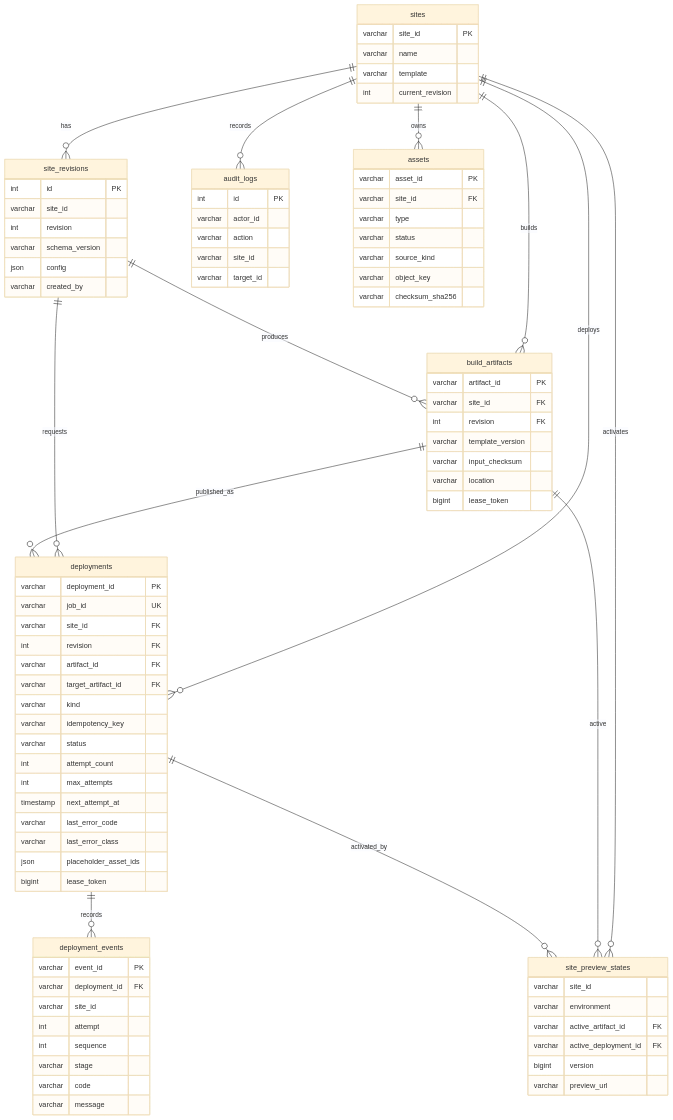
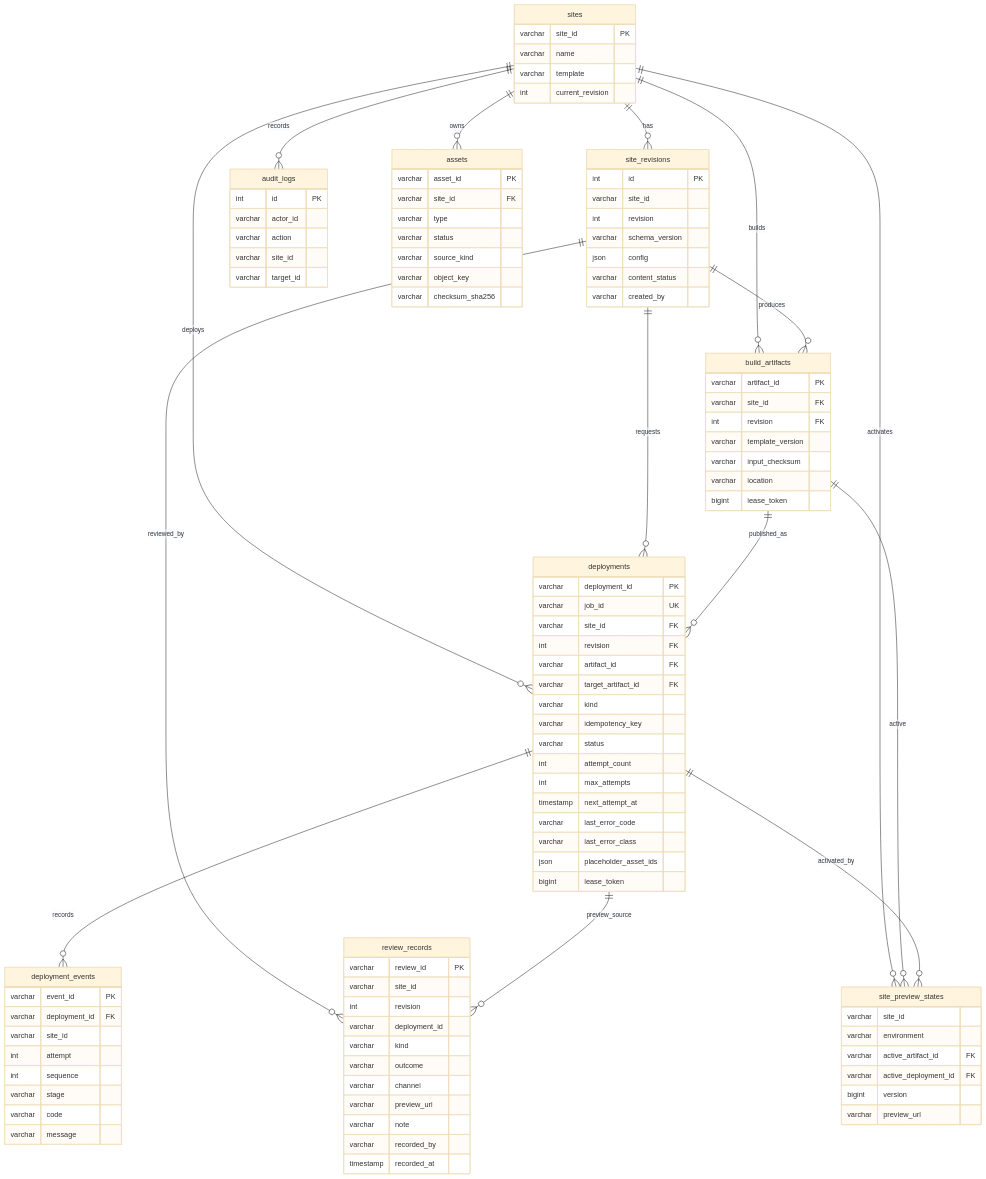
The diagram in docs/guides/DATABASE.md (pdd1996/susite), drawn with Mermaid (base theme) before and after one commit. The commit also changed other lines of this file and 21 other files, not shown here.

````diff
--- a/docs/guides/DATABASE.md
+++ b/docs/guides/DATABASE.md
@@ -74,6 +75,8 @@
     build_artifacts ||--o{ deployments : published_as
     build_artifacts ||--o{ site_preview_states : active
     deployments ||--o{ deployment_events : records
+    site_revisions ||--o{ review_records : reviewed_by
+    deployments ||--o{ review_records : preview_source
     deployments ||--o{ site_preview_states : activated_by
 
     sites {
@@ -88,6 +91,7 @@
         int revision
         varchar schema_version
         json config
+        varchar content_status
         varchar created_by
     }
     audit_logs {
@@ -151,4 +155,17 @@
         varchar code
         varchar message
     }
+    review_records {
+        varchar review_id PK
+        varchar site_id
+        int revision
+        varchar deployment_id
+        varchar kind
+        varchar outcome
+        varchar channel
+        varchar preview_url
+        varchar note
+        varchar recorded_by
+        timestamp recorded_at
+    }
 ```
````
